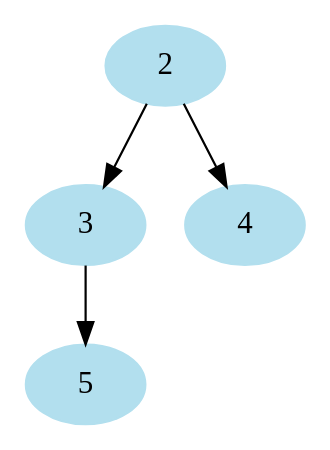
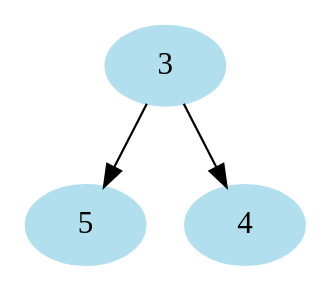
Before and after one commit to matuspintek-boop/IB002: the diagram in extract.dot, drawn with Graphviz. The commit also changed 2 other files, not shown here.

```diff
--- a/extract.dot
+++ b/extract.dot
@@ -1,10 +1,8 @@
 digraph Heap {
 node [color=lightblue2, style=filled];
-"0" [label="2"]
+"0" [label="3"]
 "0" -> "1"
-"1" [label="3"]
-"1" -> "3"
-"3" [label="5"]
+"1" [label="5"]
 "0" -> "2"
 "2" [label="4"]
 }
```
